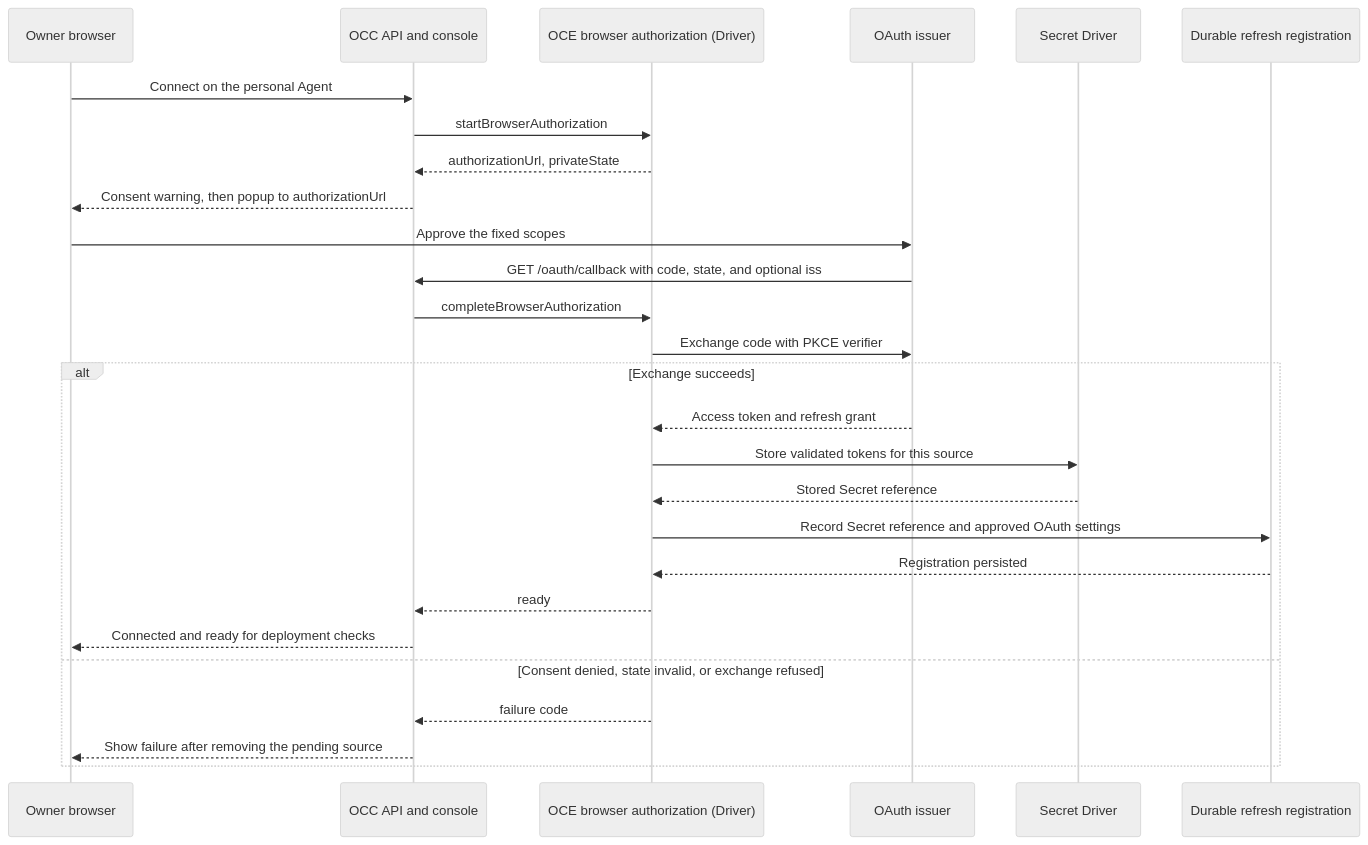
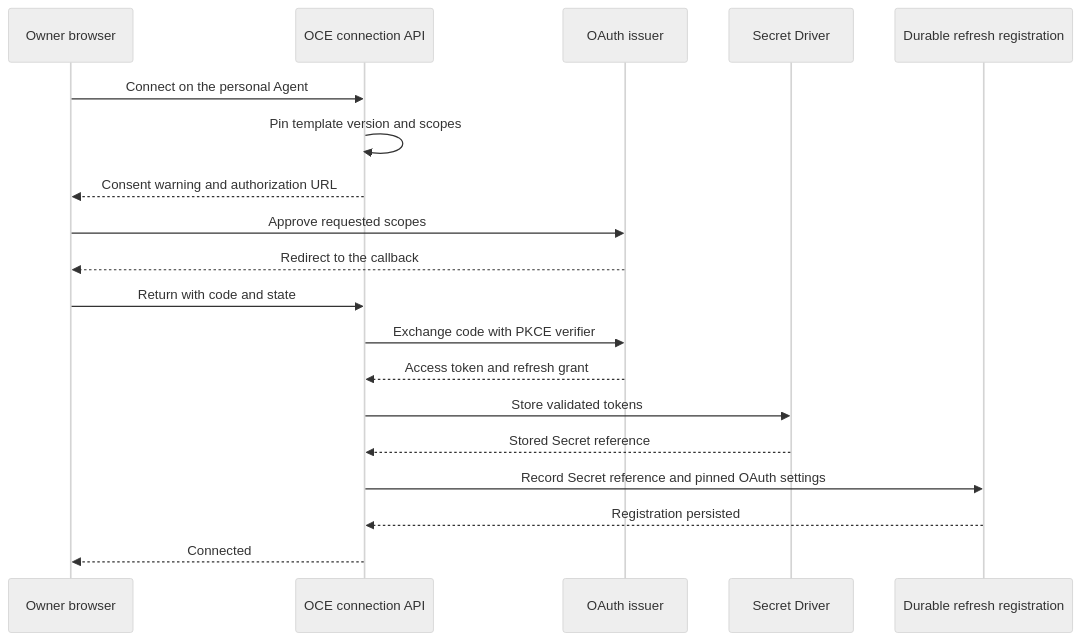
The diagram in specs/rfcs/0024-agent-oauth-connections/index.md (openclaw/openclaw-enterprise), drawn with Mermaid (neutral theme) before and after one commit. The commit also changed other lines of this file and 2 other files, not shown here.

Commit message:
RFC-0024: Share one OAuth connection template and consent flow

````diff
--- a/specs/rfcs/0024-agent-oauth-connections/index.md
+++ b/specs/rfcs/0024-agent-oauth-connections/index.md
@@ -221,29 +225,21 @@
 ```mermaid
 sequenceDiagram
   participant User as Owner browser
-  participant API as OCC API and console
-  participant OAuth as OCE browser authorization (Driver)
+  participant API as OCE connection API
   participant Issuer as OAuth issuer
   participant Secrets as Secret Driver
   participant Refresh as Durable refresh registration
   User->>API: Connect on the personal Agent
-  API->>OAuth: startBrowserAuthorization
-  OAuth-->>API: authorizationUrl, privateState
-  API-->>User: Consent warning, then popup to authorizationUrl
-  User->>Issuer: Approve the fixed scopes
-  Issuer->>API: GET /oauth/callback with code, state, and optional iss
-  API->>OAuth: completeBrowserAuthorization
-  OAuth->>Issuer: Exchange code with PKCE verifier
-  alt Exchange succeeds
-    Issuer-->>OAuth: Access token and refresh grant
-    OAuth->>Secrets: Store validated tokens for this source
-    Secrets-->>OAuth: Stored Secret reference
-    OAuth->>Refresh: Record Secret reference and approved OAuth settings
-    Refresh-->>OAuth: Registration persisted
-    OAuth-->>API: ready
-    API-->>User: Connected and ready for deployment checks
-  else Consent denied, state invalid, or exchange refused
-    OAuth-->>API: failure code
-    API-->>User: Show failure after removing the pending source
-  end
+  API->>API: Pin template version and scopes
+  API-->>User: Consent warning and authorization URL
+  User->>Issuer: Approve requested scopes
+  Issuer-->>User: Redirect to the callback
+  User->>API: Return with code and state
+  API->>Issuer: Exchange code with PKCE verifier
+  Issuer-->>API: Access token and refresh grant
+  API->>Secrets: Store validated tokens
+  Secrets-->>API: Stored Secret reference
+  API->>Refresh: Record Secret reference and pinned OAuth settings
+  Refresh-->>API: Registration persisted
+  API-->>User: Connected
 ```
````
